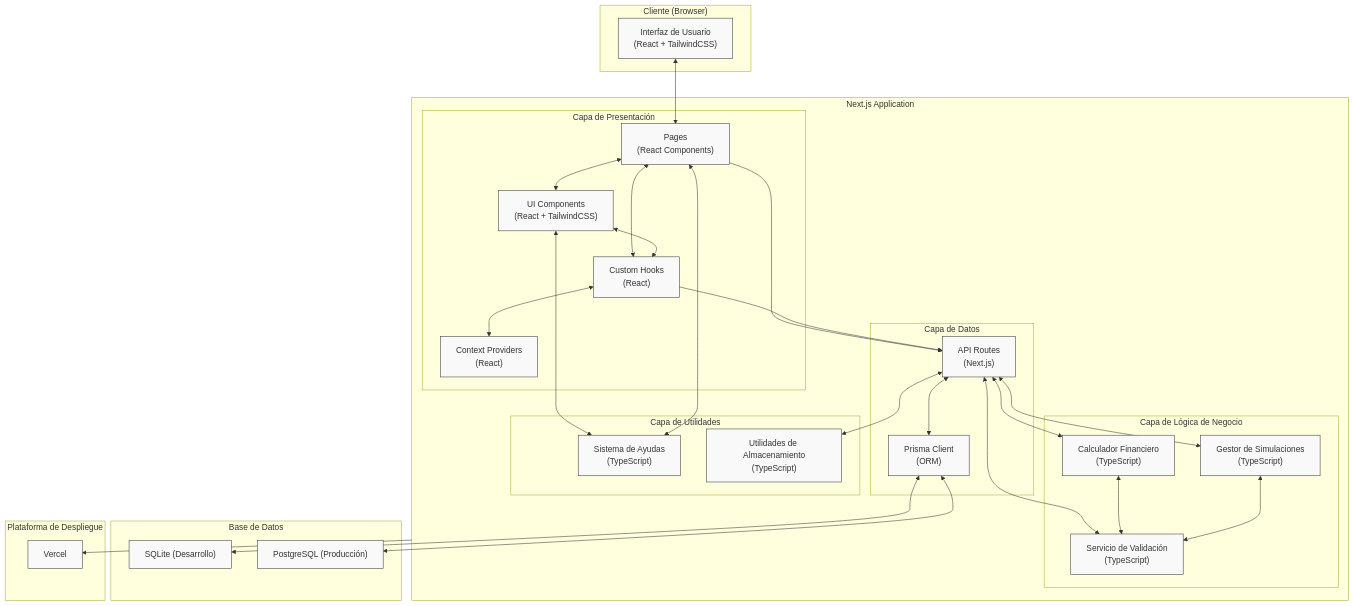
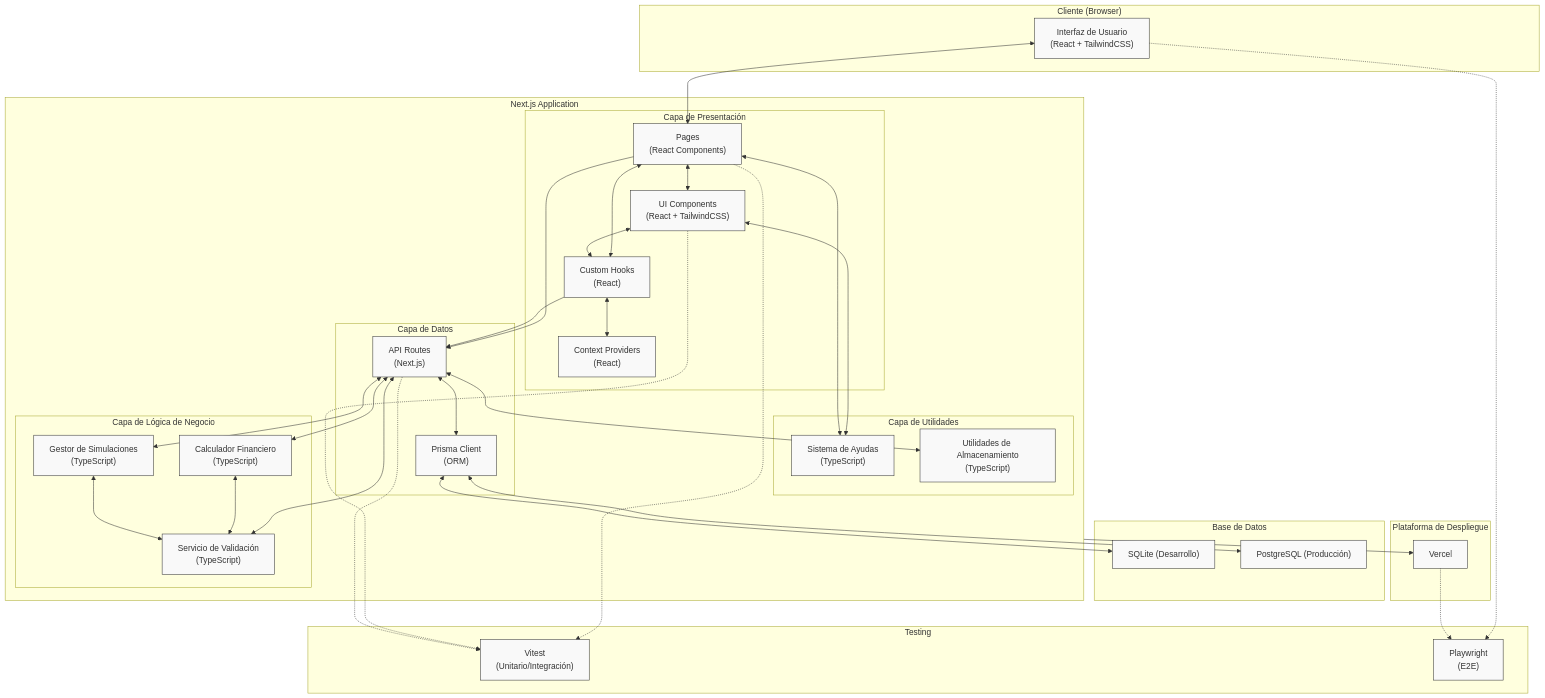
Before and after one commit to javiSBP/AI4Devs-finalproject: the diagram in docs/technical/High-Level-Architecture.md, drawn with Mermaid. The commit also changed other lines of this file and 1 other file, not shown here.

Commit message:
Update technical documentation for LeanSim by adding a detailed overview of the testing stack, including Vitest and Playwright for unit, integration, and end-to-end testing. This enhancement clarifies the testing strategy and compatibility with Next.js, providing references for implementation.

````diff
--- a/docs/technical/High-Level-Architecture.md
+++ b/docs/technical/High-Level-Architecture.md
@@ -20,70 +32,82 @@
 ```mermaid
 flowchart TB
     subgraph Client["Cliente (Browser)"]
         UI["Interfaz de Usuario\n(React + TailwindCSS)"]
     end
 
     subgraph NextJS["Next.js Application"]
         subgraph FrontendLayer["Capa de Presentación"]
             Pages["Pages\n(React Components)"]
             Components["UI Components\n(React + TailwindCSS)"]
             Hooks["Custom Hooks\n(React)"]
             Contexts["Context Providers\n(React)"]
         end
 
         subgraph BusinessLayer["Capa de Lógica de Negocio"]
             FinancialCalculator["Calculador Financiero\n(TypeScript)"]
             ValidationService["Servicio de Validación\n(TypeScript)"]
             SimulationManager["Gestor de Simulaciones\n(TypeScript)"]
         end
 
         subgraph DataLayer["Capa de Datos"]
             APIRoutes["API Routes\n(Next.js)"]
             PrismaORM["Prisma Client\n(ORM)"]
         end
 
         subgraph UtilsLayer["Capa de Utilidades"]
             HelpSystem["Sistema de Ayudas\n(TypeScript)"]
             StorageUtils["Utilidades de Almacenamiento\n(TypeScript)"]
         end
+    end
+
+    subgraph Testing["Testing"]
+        Vitest["Vitest\n(Unitario/Integración)"]
+        Playwright["Playwright\n(E2E)"]
     end
 
     subgraph Database["Base de Datos"]
         SQLite["SQLite (Desarrollo)"]
         PostgreSQL["PostgreSQL (Producción)"]
     end
 
     subgraph DeploymentPlatform["Plataforma de Despliegue"]
         Vercel["Vercel"]
     end
 
     UI <--> Pages
     Pages <--> Components
     Pages <--> Hooks
     Components <--> Hooks
     Hooks <--> Contexts
 
     Pages --> APIRoutes
     Hooks --> APIRoutes
 
     APIRoutes <--> FinancialCalculator
     APIRoutes <--> ValidationService
     APIRoutes <--> SimulationManager
 
     FinancialCalculator <--> ValidationService
     SimulationManager <--> ValidationService
 
     APIRoutes <--> PrismaORM
 
     Components <--> HelpSystem
     Pages <--> HelpSystem
     APIRoutes <--> StorageUtils
 
     PrismaORM <--> SQLite
     PrismaORM <--> PostgreSQL
 
     NextJS --> Vercel
 
+    %% Testing connections (no funcional, solo ilustrativo)
+    Pages -.-> Vitest
+    Components -.-> Vitest
+    APIRoutes -.-> Vitest
+    UI -.-> Playwright
+    Vercel -.-> Playwright
+
     classDef tech fill:#f9f9f9,stroke:#333,stroke-width:1px;
-    class UI,Components,Pages,Hooks,Contexts,FinancialCalculator,ValidationService,SimulationManager,APIRoutes,PrismaORM,HelpSystem,StorageUtils,SQLite,PostgreSQL,Vercel tech;
+    class UI,Components,Pages,Hooks,Contexts,FinancialCalculator,ValidationService,SimulationManager,APIRoutes,PrismaORM,HelpSystem,StorageUtils,SQLite,PostgreSQL,Vercel,Vitest,Playwright tech;
 ```
````
